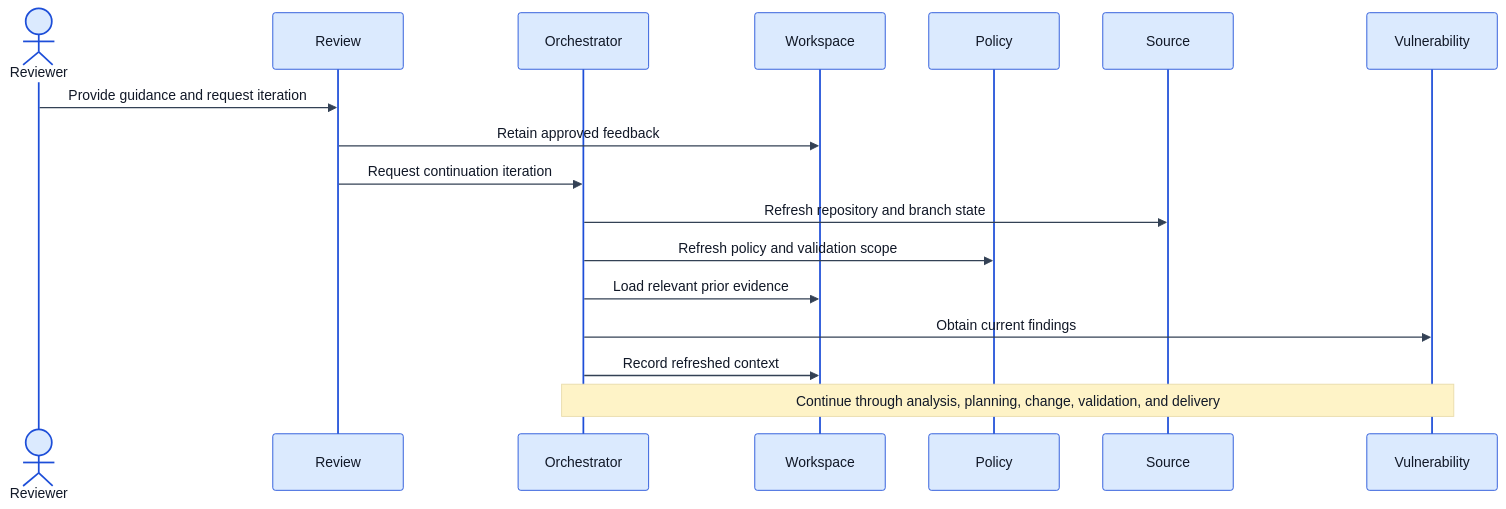
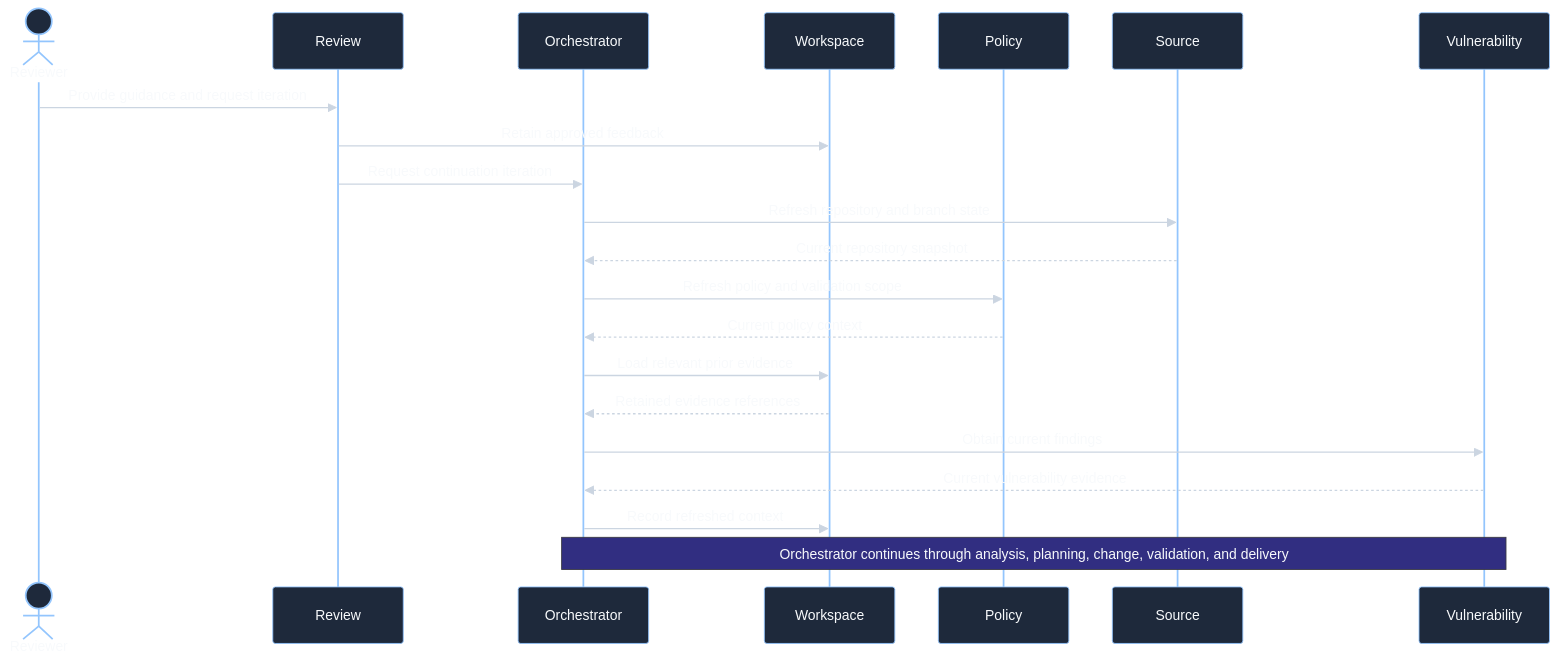
The seventh of 8 diagrams in docs/04-system-architecture.md (AILearner365/oss-remediation-adk), drawn with Mermaid before and after one commit. The commit also changed other lines of this file, not shown here.

Commit message:
docs: fix orchestration flow and dark-mode diagram contrast

````diff
--- a/docs/04-system-architecture.md
+++ b/docs/04-system-architecture.md
@@ -330,21 +346,25 @@
 ```mermaid
-%%{init: {"theme":"base","themeVariables":{"background":"#ffffff","primaryColor":"#dbeafe","primaryTextColor":"#111827","primaryBorderColor":"#1d4ed8","lineColor":"#334155","textColor":"#111827","actorBkg":"#dbeafe","actorBorder":"#1d4ed8","actorTextColor":"#111827","signalColor":"#334155","signalTextColor":"#111827","labelBoxBkgColor":"#ffffff","labelTextColor":"#111827","noteBkgColor":"#fef3c7","noteTextColor":"#111827"}}}%%
+%%{init: {"theme":"base","themeVariables":{"background":"#0b1220","primaryColor":"#1e293b","primaryTextColor":"#f8fafc","primaryBorderColor":"#93c5fd","lineColor":"#cbd5e1","textColor":"#f8fafc","actorBkg":"#1e293b","actorBorder":"#93c5fd","actorTextColor":"#f8fafc","signalColor":"#cbd5e1","signalTextColor":"#f8fafc","labelBoxBkgColor":"#0f172a","labelTextColor":"#f8fafc","noteBkgColor":"#312e81","noteTextColor":"#f8fafc"}}}%%
 sequenceDiagram
     actor Reviewer
     participant Review
     participant Orchestrator
     participant Workspace
     participant Policy
     participant Source
     participant Vulnerability
 
     Reviewer->>Review: Provide guidance and request iteration
     Review->>Workspace: Retain approved feedback
     Review->>Orchestrator: Request continuation iteration
     Orchestrator->>Source: Refresh repository and branch state
+    Source-->>Orchestrator: Current repository snapshot
     Orchestrator->>Policy: Refresh policy and validation scope
+    Policy-->>Orchestrator: Current policy context
     Orchestrator->>Workspace: Load relevant prior evidence
+    Workspace-->>Orchestrator: Retained evidence references
     Orchestrator->>Vulnerability: Obtain current findings
+    Vulnerability-->>Orchestrator: Current vulnerability evidence
     Orchestrator->>Workspace: Record refreshed context
-    Note over Orchestrator,Vulnerability: Continue through analysis, planning, change, validation, and delivery
+    Note over Orchestrator,Vulnerability: Orchestrator continues through analysis, planning, change, validation, and delivery
 ```
````
